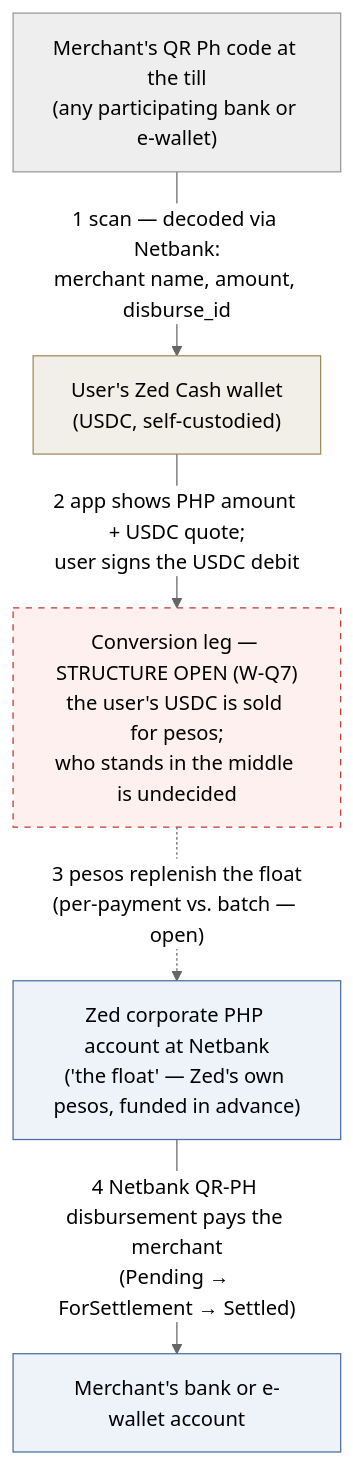
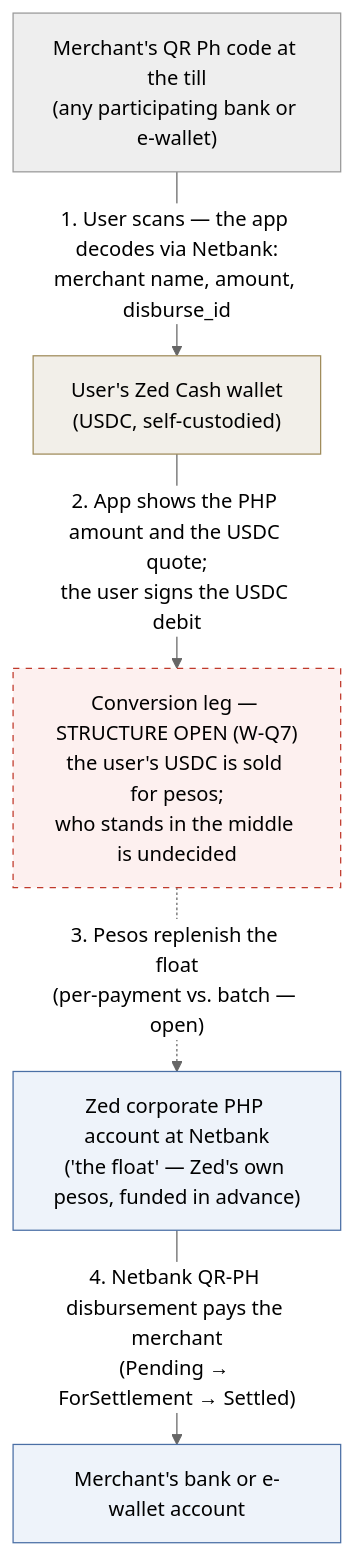
One commit to STAbraham/stablecoin-project changed the diagram in tracks/c-usdc-vasp-privy/research/diagrams/m2-qrph-flow.mmd. Above: the diagram before and after it, drawn with Mermaid (neutral theme). The commit also changed 3 other files, not shown here.

Commit message:
M2 diagram legibility: numbered steps delineated (1./2./3./4.) with fuller sentence labels

```diff
--- a/tracks/c-usdc-vasp-privy/research/diagrams/m2-qrph-flow.mmd
+++ b/tracks/c-usdc-vasp-privy/research/diagrams/m2-qrph-flow.mmd
@@ -1,16 +1,16 @@
 flowchart TD
   M["Merchant's QR Ph code at the till<br/>(any participating bank or e-wallet)"]
   U["User's Zed Cash wallet<br/>(USDC, self-custodied)"]
   CV["Conversion leg — STRUCTURE OPEN (W-Q7)<br/>the user's USDC is sold for pesos;<br/>who stands in the middle is undecided"]
   F["Zed corporate PHP account at Netbank<br/>('the float' — Zed's own pesos, funded in advance)"]
   MB["Merchant's bank or e-wallet account"]
-  M -->|"1 scan — decoded via Netbank:<br/>merchant name, amount, disburse_id"| U
-  U -->|"2 app shows PHP amount + USDC quote;<br/>user signs the USDC debit"| CV
-  CV -.->|"3 pesos replenish the float<br/>(per-payment vs. batch — open)"| F
-  F -->|"4 Netbank QR-PH disbursement pays the merchant<br/>(Pending → ForSettlement → Settled)"| MB
+  M -->|"1. User scans — the app decodes via Netbank:<br/>merchant name, amount, disburse_id"| U
+  U -->|"2. App shows the PHP amount and the USDC quote;<br/>the user signs the USDC debit"| CV
+  CV -.->|"3. Pesos replenish the float<br/>(per-payment vs. batch — open)"| F
+  F -->|"4. Netbank QR-PH disbursement pays the merchant<br/>(Pending → ForSettlement → Settled)"| MB
   classDef user fill:#f2efe9,stroke:#a08c5b
   classDef bank fill:#eef3fa,stroke:#4a6fa5
   classDef open fill:#fdf0ef,stroke:#c0392b,stroke-dasharray: 5 5
   class U user
   class F,MB bank
   class CV open
```
